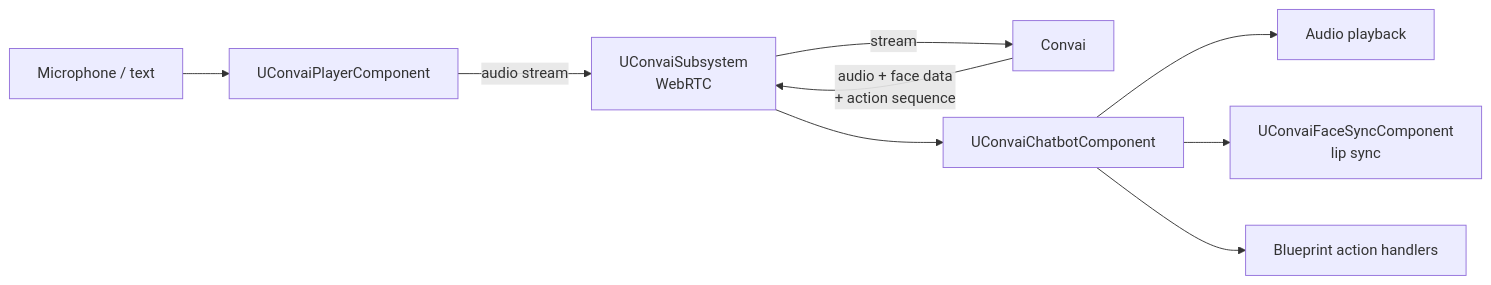
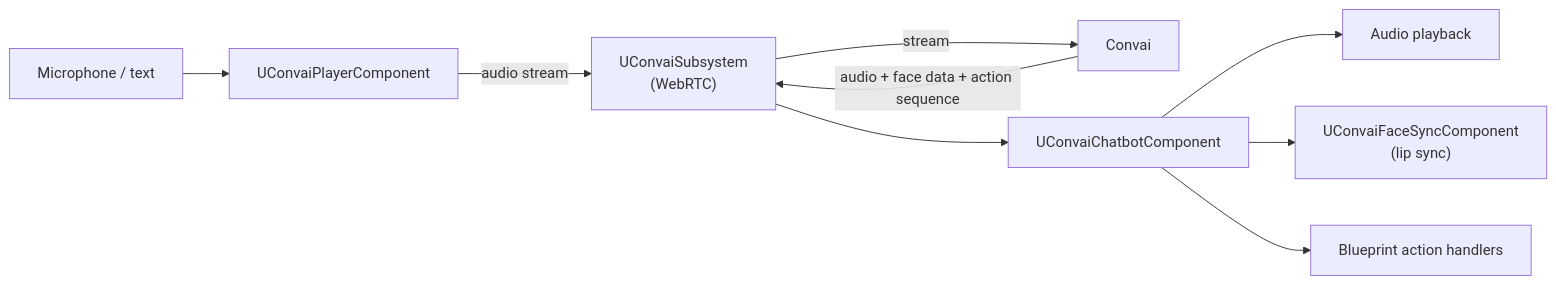
One commit to Conv-AI/Convai-Documentation changed the diagram in plugins-and-integrations/convai-unreal-engine-plugin/overview/what-is-the-convai-unreal-plugin.md. Above: the diagram before and after it, drawn with Mermaid. The commit also changed other lines of this file and 6 other files, not shown here.

First line of the commit message:
docs(unreal/core-concepts): deepen lifecycle, flow, events, and architecture pages

````diff
--- a/plugins-and-integrations/convai-unreal-engine-plugin/overview/what-is-the-convai-unreal-plugin.md
+++ b/plugins-and-integrations/convai-unreal-engine-plugin/overview/what-is-the-convai-unreal-plugin.md
@@ -47,11 +47,11 @@
 ```mermaid
 graph LR
-    MIC[Microphone / text] --> PC[UConvaiPlayerComponent]
-    PC --> |audio stream| SS[UConvaiSubsystem<br/>WebRTC]
-    SS --> |stream| CV[Convai]
-    CV --> |audio + face data<br/>+ action sequence| SS
+    MIC["Microphone / text"] --> PC[UConvaiPlayerComponent]
+    PC -->|"audio stream"| SS["UConvaiSubsystem<br/>(WebRTC)"]
+    SS -->|"stream"| CV[Convai]
+    CV -->|"audio + face data + action sequence"| SS
     SS --> CB[UConvaiChatbotComponent]
-    CB --> AUD[Audio playback]
-    CB --> FS[UConvaiFaceSyncComponent<br/>lip sync]
-    CB --> BH[Blueprint action handlers]
+    CB --> AUD["Audio playback"]
+    CB --> FS["UConvaiFaceSyncComponent<br/>(lip sync)"]
+    CB --> BH["Blueprint action handlers"]
 ```
````
